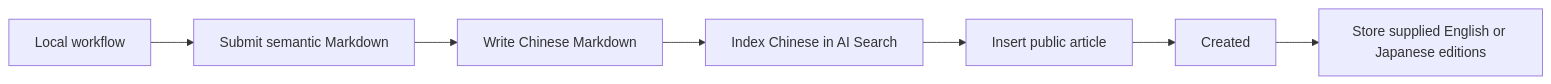
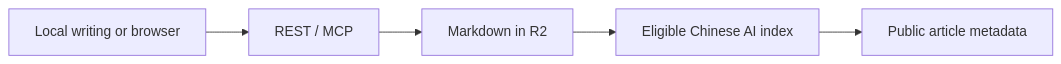
Before and after one commit to Pleasurecruise/my-knowledge: the diagram in README.md, drawn with Mermaid. The commit also changed other lines of this file and 84 other files, not shown here.

````diff
--- a/README.md
+++ b/README.md
@@ -12,9 +18,7 @@
 ```mermaid
 flowchart LR
-  local[Local workflow] --> submit[Submit semantic Markdown]
-  submit --> r2[Write Chinese Markdown]
-  r2 --> index[Index Chinese in AI Search]
-  index --> save[Insert public article]
-  save --> done[Created]
-  done --> editions[Store supplied English or Japanese editions]
+  Writing[Local writing or browser] --> API[REST / MCP]
+  API --> R2[Markdown in R2]
+  R2 --> Search[Eligible Chinese AI index]
+  Search --> D1[Public article metadata]
 ```
````
